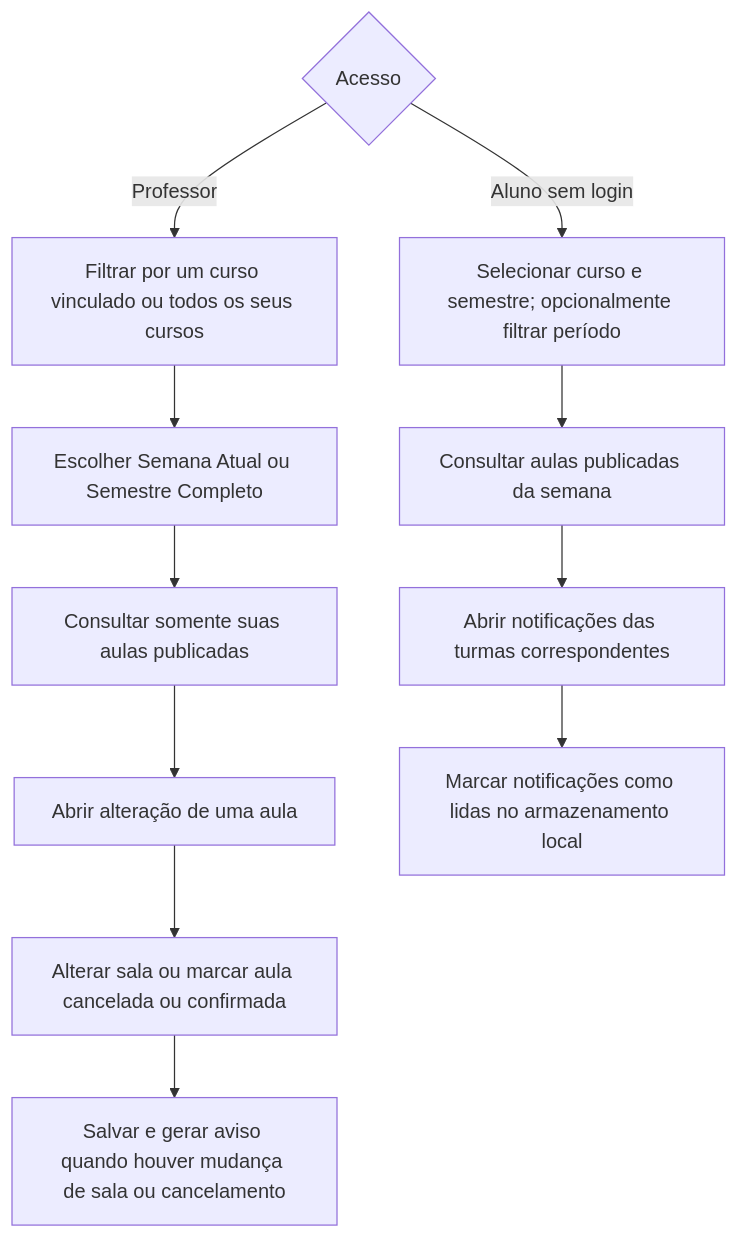
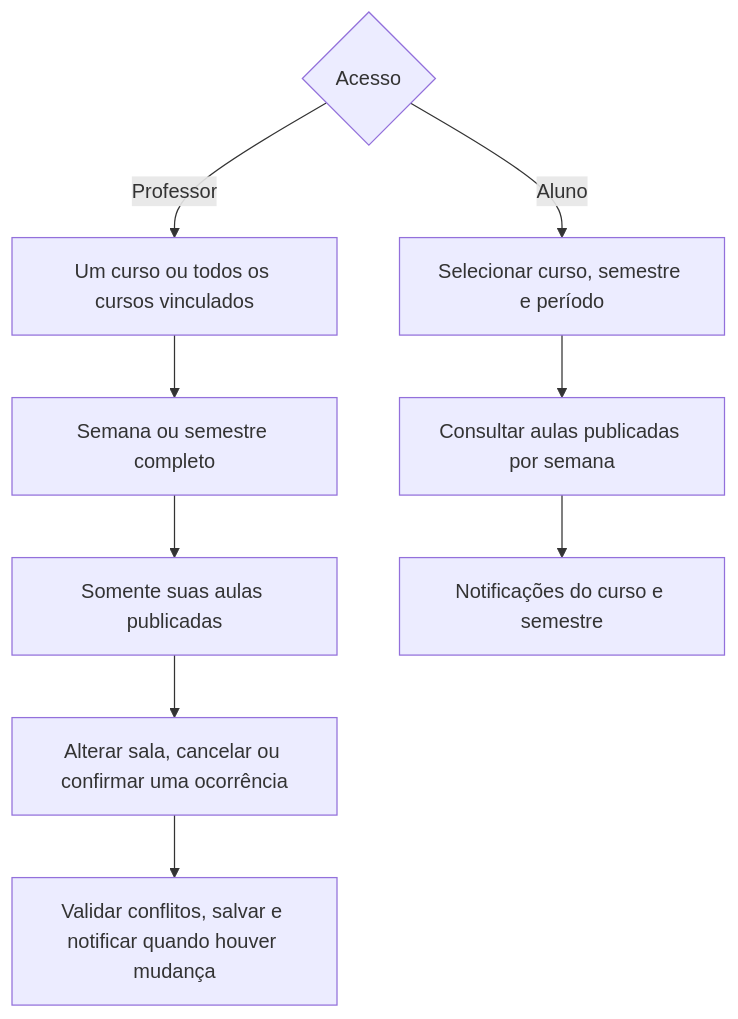
Before and after one commit to Jade46-prog/projeto-integrado-II-III: the sixth of 7 diagrams in docs/FLUXOGRAMAS.md, drawn with Mermaid. The commit also changed other lines of this file and 109 other files, not shown here.

````diff
--- a/docs/FLUXOGRAMAS.md
+++ b/docs/FLUXOGRAMAS.md
@@ -149,14 +114,12 @@
 ```mermaid
 flowchart TD
     Perfil{"Acesso"}
-    Perfil -->|Professor| Cursos["Filtrar por um curso vinculado ou todos os seus cursos"]
-    Cursos --> Visao["Escolher Semana Atual ou Semestre Completo"]
-    Visao --> Aulas["Consultar somente suas aulas publicadas"]
-    Aulas --> Alterar["Abrir alteração de uma aula"]
-    Alterar --> Mudanca["Alterar sala ou marcar aula cancelada ou confirmada"]
-    Mudanca --> Salvar["Salvar e gerar aviso quando houver mudança de sala ou cancelamento"]
-    Perfil -->|Aluno sem login| Filtros["Selecionar curso e semestre; opcionalmente filtrar período"]
-    Filtros --> Semana["Consultar aulas publicadas da semana"]
-    Semana --> Sino["Abrir notificações das turmas correspondentes"]
-    Sino --> Lidas["Marcar notificações como lidas no armazenamento local"]
+    Perfil -->|Professor| Cursos["Um curso ou todos os cursos vinculados"]
+    Cursos --> Visao["Semana ou semestre completo"]
+    Visao --> Aulas["Somente suas aulas publicadas"]
+    Aulas --> Alterar["Alterar sala, cancelar ou confirmar uma ocorrência"]
+    Alterar --> Salvar["Validar conflitos, salvar e notificar quando houver mudança"]
+    Perfil -->|Aluno| Filtros["Selecionar curso, semestre e período"]
+    Filtros --> Semana["Consultar aulas publicadas por semana"]
+    Semana --> Avisos["Notificações do curso e semestre"]
 ```
````
